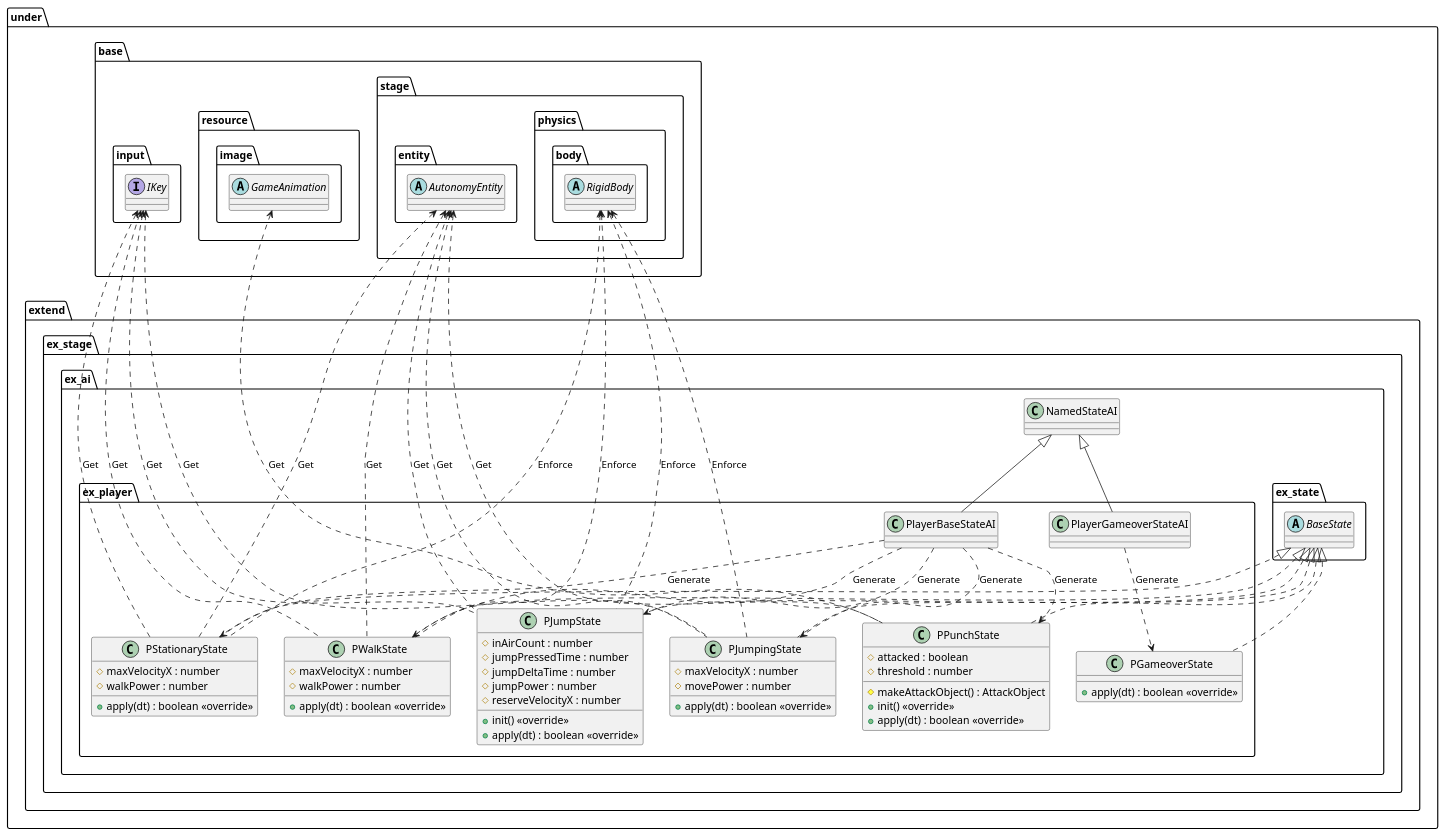
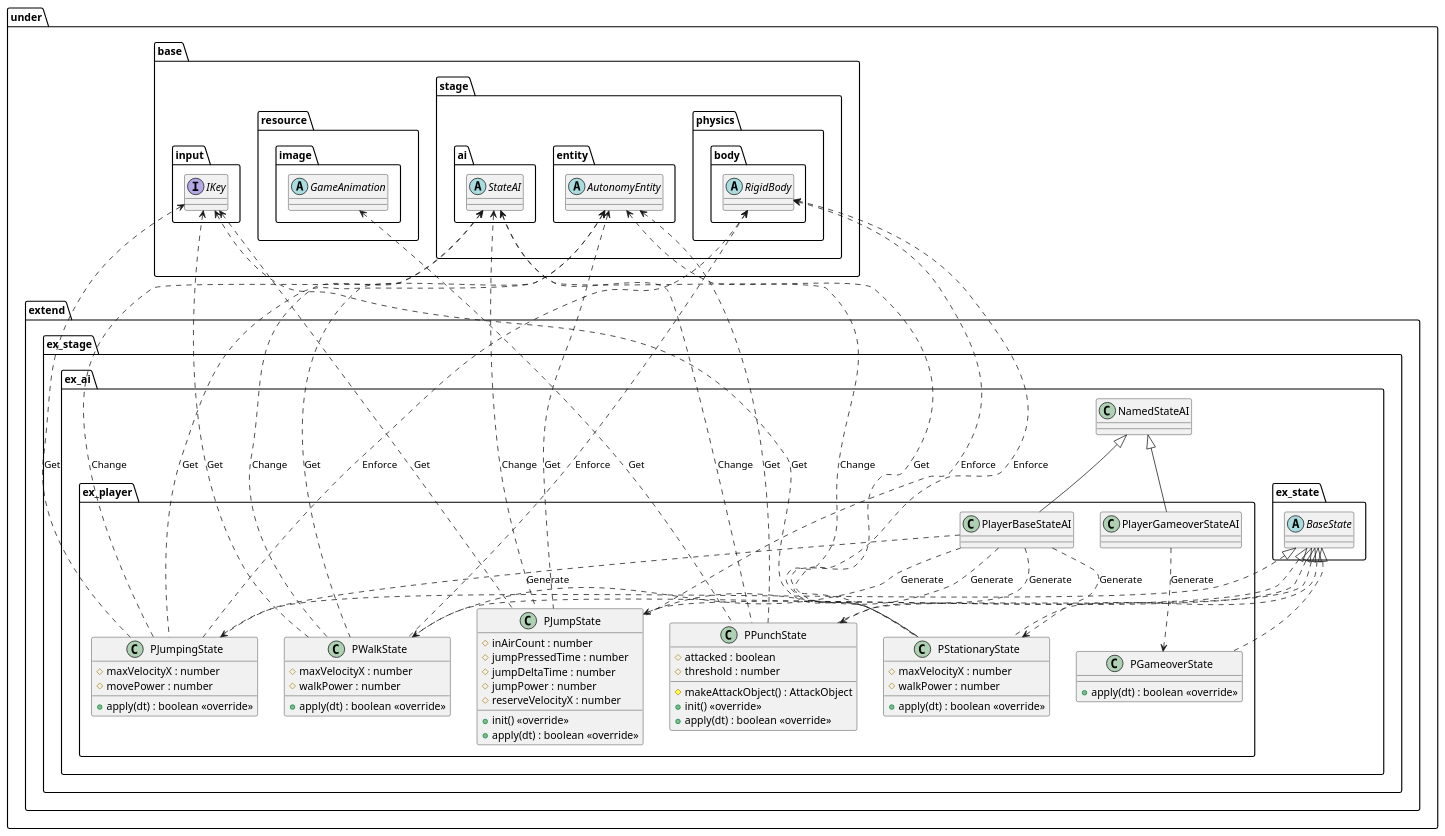
One commit to Expine/Under changed the diagram in uml/entity/ai/ExtendPlayer.wsd. Above: the diagram before and after it, drawn with PlantUML. The commit also changed 31 other files, not shown here.

```diff
--- a/uml/entity/ai/ExtendPlayer.wsd
+++ b/uml/entity/ai/ExtendPlayer.wsd
@@ -1,120 +1,128 @@
 @startuml AIExtend
 
 package under {
     package extend {
         package ex_stage {
             package ex_ai {
                 package ex_player {
                     class PlayerBaseStateAI
                     class PlayerGameoverStateAI
                     class PStationaryState {
                         #maxVelocityX : number
                         #walkPower : number
                         +apply(dt) : boolean <<override>>
                     }
                     class PWalkState {
                         #maxVelocityX : number
                         #walkPower : number
                         +apply(dt) : boolean <<override>>
                     }
                     class PJumpState {
                         #inAirCount : number
                         #jumpPressedTime : number
                         #jumpDeltaTime : number
                         #jumpPower : number
                         #reserveVelocityX : number
                         +init() <<override>>
                         +apply(dt) : boolean <<override>>
                     }
                     class PJumpingState {
                         #maxVelocityX : number
                         #movePower : number
                         +apply(dt) : boolean <<override>>
                     }
                     class PPunchState {
                         #attacked : boolean
                         #threshold : number
                         #makeAttackObject() : AttackObject
                         +init() <<override>>
                         +apply(dt) : boolean <<override>>
                     }
                     class PGameoverState {
                         +apply(dt) : boolean <<override>>
                     }
                 }
             }
         }
     }
 }
 
 package under {
     package base {
         package input {
             interface IKey
         }
         package resource {
             package image {
                 abstract GameAnimation
             }
         }
         package stage {
+            package ai {
+                abstract StateAI
+            }
             package entity {
                 abstract AutonomyEntity
             }
             package physics {
                 package body {
                     abstract RigidBody
                 }
             }
         }
     }
     package extend {
         package ex_stage {
             package ex_ai {
                 class NamedStateAI
                 package ex_state {
                     abstract BaseState
                 }
             }
         }
     }
 }
 
 AutonomyEntity <.... PStationaryState : Get
 RigidBody <.... PStationaryState : Enforce
+StateAI <.... PStationaryState : Change
 IKey <.... PStationaryState : Get
 
 AutonomyEntity <.... PWalkState : Get
 RigidBody <.... PWalkState : Enforce
+StateAI <.... PWalkState : Change
 IKey <.... PWalkState : Get
 
 AutonomyEntity <.... PJumpState : Get
 RigidBody <.... PJumpState : Enforce
+StateAI <.... PJumpState : Change
 IKey <.... PJumpState : Get
 
 AutonomyEntity <.... PJumpingState : Get
 RigidBody <.... PJumpingState : Enforce
+StateAI <.... PJumpingState : Change
 IKey <.... PJumpingState : Get
 
 AutonomyEntity <.... PPunchState : Get
 GameAnimation <.... PPunchState : Get
+StateAI <.... PPunchState : Change
 
 PlayerBaseStateAI ..> PStationaryState : Generate
 PlayerBaseStateAI ..> PWalkState : Generate
 PlayerBaseStateAI ..> PJumpState : Generate
 PlayerBaseStateAI ..> PJumpingState : Generate
 PlayerBaseStateAI ..> PPunchState : Generate
 
 PlayerGameoverStateAI ..> PGameoverState : Generate
 
 NamedStateAI <|-- PlayerBaseStateAI
 NamedStateAI <|-- PlayerGameoverStateAI
 
 BaseState <|.. PStationaryState
 BaseState <|.. PWalkState
 BaseState <|.. PJumpState
 BaseState <|.. PJumpingState
 BaseState <|.. PPunchState
 BaseState <|.. PGameoverState
 
 @enduml
```
